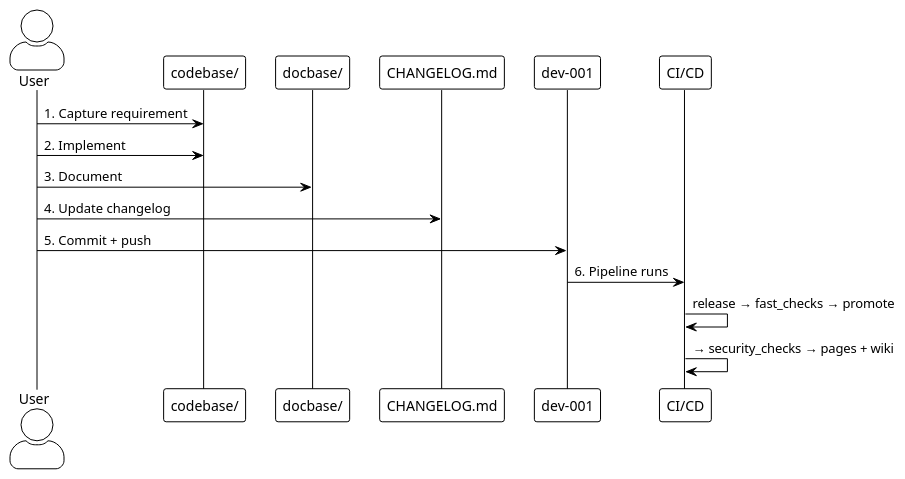
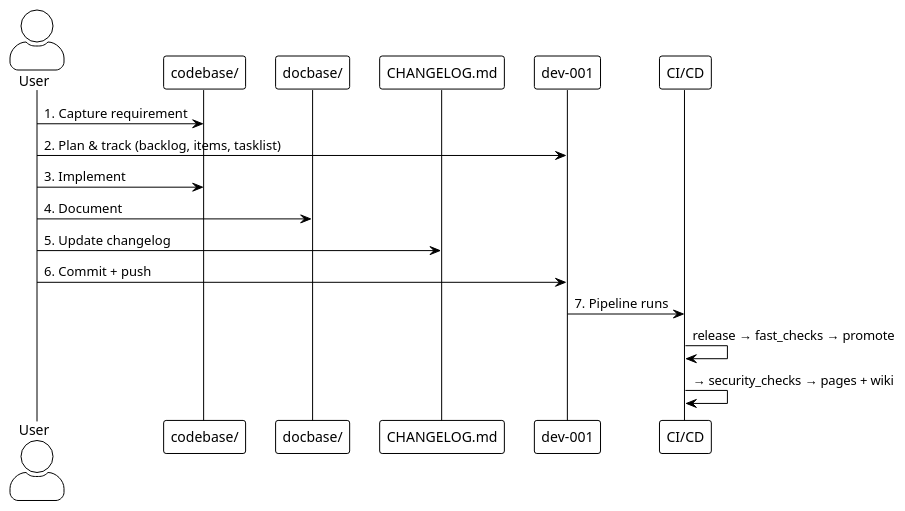
Before and after one commit to Mcc-Mak/opencode-workflow-demo: the second of 2 diagrams in README.md, drawn with PlantUML. The commit also changed 1 other file, not shown here.

Commit message:
docs: reframe Step 2 as separation of concerns (backlog, items, tasklist) (0.5.1)
Step 2 (Plan & Track) now explicitly maintains three distinct
concerns, each at its own level of granularity:

- Backlog: portfolio of work (milestones, labels, tags, board)
- Items: one GitHub issue per distinct unit of work
- Tasklist: granular session checklist tracking execution per item

These are separation of concerns (distinct roles, granularity,
lifecycles), not separation of actions (a temporal sequence).
A backlog is not an item; an item is not a tasklist.

Also fix README.md PlantUML diagram which still showed the old
6-step sequence — now includes the Plan & Track step (step 2).

Closes #48.

````diff
--- a/README.md
+++ b/README.md
@@ -62,22 +62,23 @@
 ```plantuml
 @startuml
 !theme plain
 skinparam actorStyle awesome
 
 actor User as U
 participant "codebase/" as C
 participant "docbase/" as D
 participant "CHANGELOG.md" as CL
 participant "dev-001" as G
 participant "CI/CD" as CI
 
 U -> C : 1. Capture requirement
-U -> C : 2. Implement
-U -> D : 3. Document
-U -> CL : 4. Update changelog
-U -> G : 5. Commit + push
-G -> CI : 6. Pipeline runs
+U -> G : 2. Plan & track (backlog, items, tasklist)
+U -> C : 3. Implement
+U -> D : 4. Document
+U -> CL : 5. Update changelog
+U -> G : 6. Commit + push
+G -> CI : 7. Pipeline runs
 CI -> CI : release → fast_checks → promote
 CI -> CI : → security_checks → pages + wiki
 @enduml
 ```
````
